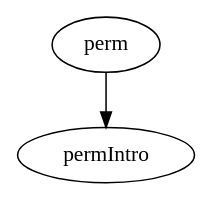
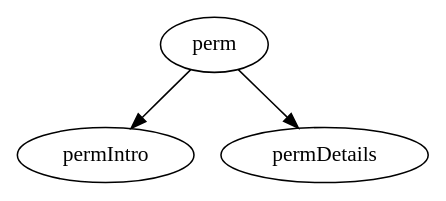
The diagram in way/src/commonTest/way/nav-service16-perm.dot (appKODE/way), drawn with Graphviz before and after one commit. The commit also changed 55 other files, not shown here.

First line of the commit message:
Schema extension, lazy regions, focused region host (#13)

```diff
--- a/way/src/commonTest/way/nav-service16-perm.dot
+++ b/way/src/commonTest/way/nav-service16-perm.dot
@@ -1,7 +1,8 @@
 digraph NavService16Perm {
   package = "ru.kode.way.nav16"
 
   perm [type = flow, parameterName = reason, parameterType = "kotlin.String", resultType = "kotlin.String"]
 
   perm -> permIntro
+  perm -> permDetails
 }
```
